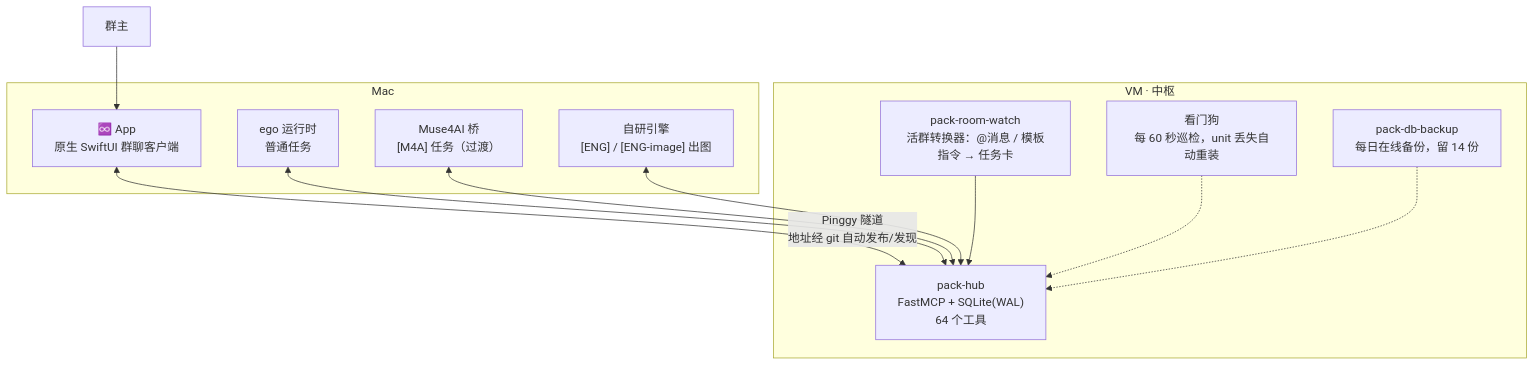
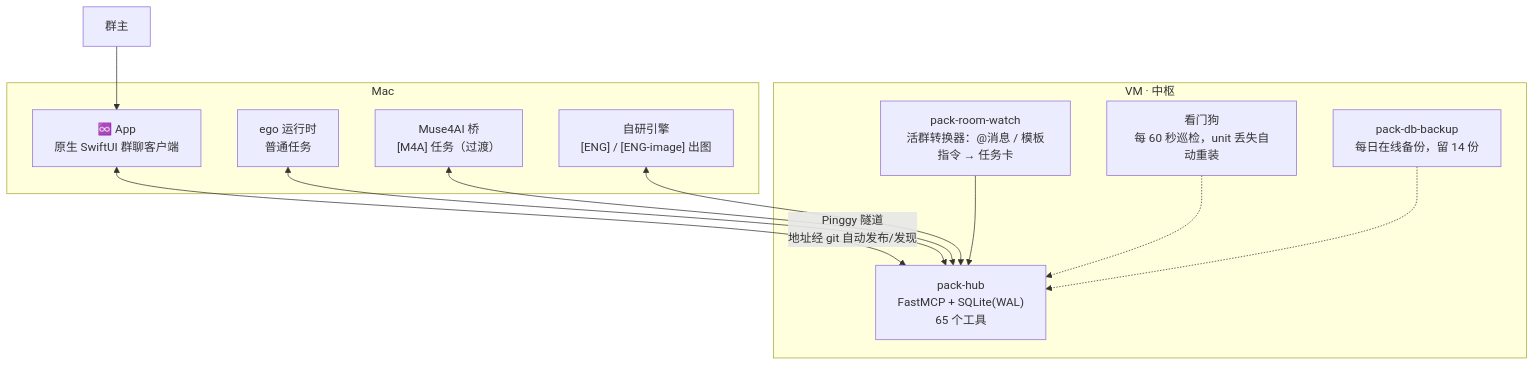
Before and after one commit to cyou1314/Pack: the first of 2 diagrams in README.md, drawn with Mermaid. The commit also changed other lines of this file and 13 other files, not shown here.

````diff
--- a/README.md
+++ b/README.md
@@ -58,24 +58,24 @@
 ```mermaid
 flowchart TB
     subgraph VM["VM · 中枢"]
-        HUB["pack-hub<br/>FastMCP + SQLite(WAL)<br/>64 个工具"]
+        HUB["pack-hub<br/>FastMCP + SQLite(WAL)<br/>65 个工具"]
         WATCH["pack-room-watch<br/>活群转换器：@消息 / 模板指令 → 任务卡"]
         BAK["pack-db-backup<br/>每日在线备份，留 14 份"]
         DOG["看门狗<br/>每 60 秒巡检，unit 丢失自动重装"]
     end
     subgraph MAC["Mac"]
         APP["♾️ App<br/>原生 SwiftUI 群聊客户端"]
         EGO["ego 运行时<br/>普通任务"]
         BRIDGE["Muse4AI 桥<br/>[M4A] 任务（过渡）"]
         ENG["自研引擎<br/>[ENG] / [ENG-image] 出图"]
     end
     OWNER["群主"]
     OWNER --> APP
     APP <-->|"Pinggy 隧道<br/>地址经 git 自动发布/发现"| HUB
     EGO <--> HUB
     BRIDGE <--> HUB
     ENG <--> HUB
     WATCH --> HUB
     DOG -.-> HUB
     BAK -.-> HUB
 ```
````
